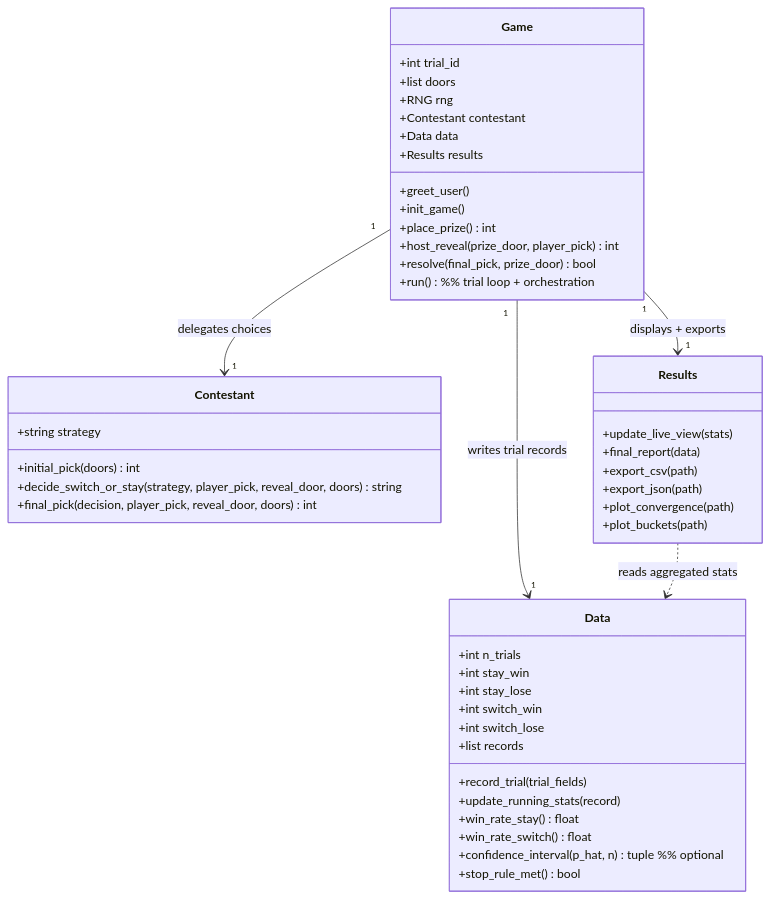
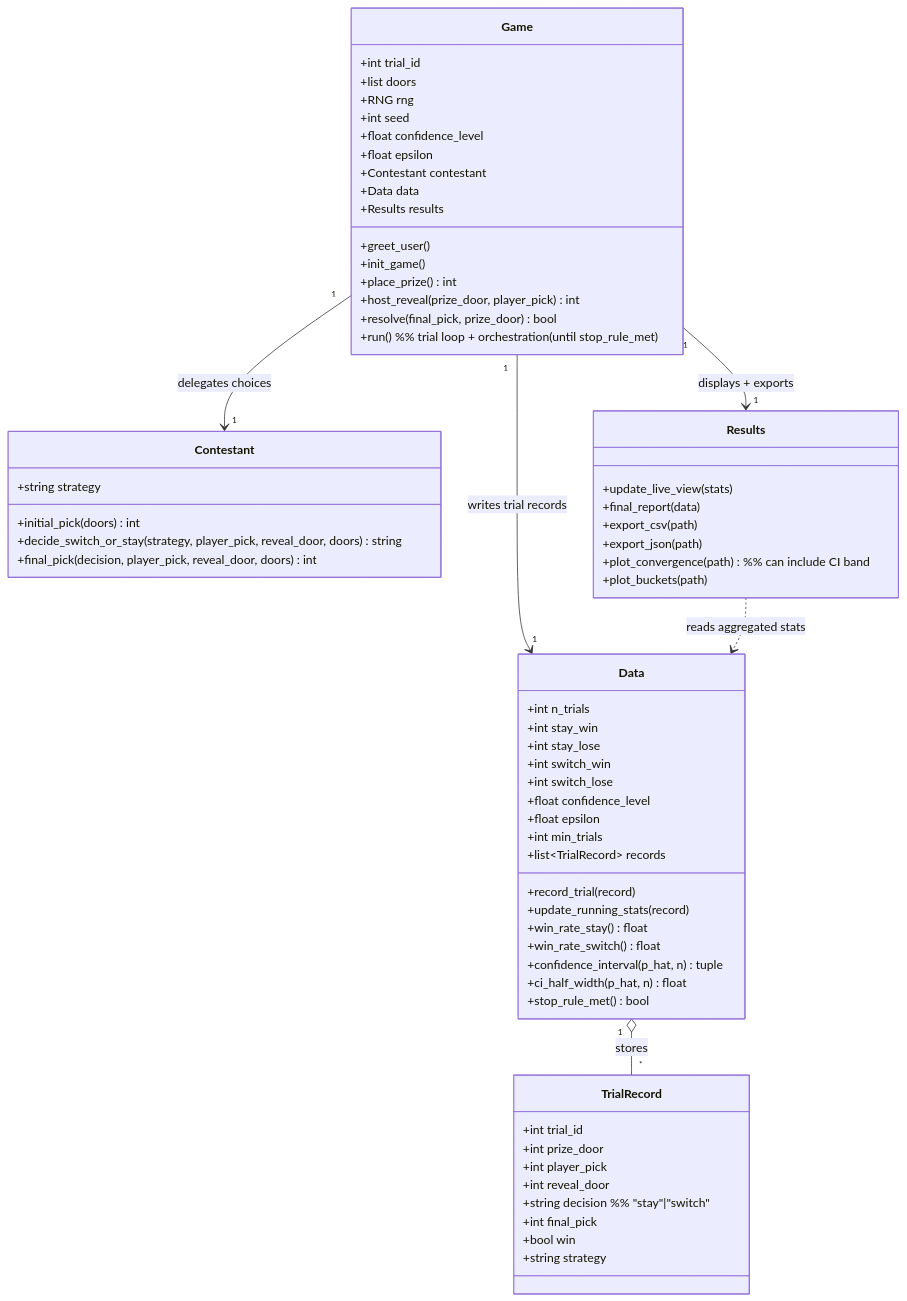
The diagram in Monty_Hall/README.md (swosu/SwosuCsPythonExamples), drawn with Mermaid before and after one commit.

Commit message:
extended mermaid diagram

````diff
--- a/Monty_Hall/README.md
+++ b/Monty_Hall/README.md
@@ -1,55 +1,74 @@
 ```mermaid
 classDiagram
-%% Monty Hall Responsibility Map (4-class version)
+%% Monty Hall Responsibility Map (4-class + optional TrialRecord)
 
 class Game {
   +int trial_id
   +list doors
   +RNG rng
+  +int seed
+  +float confidence_level
+  +float epsilon
   +Contestant contestant
   +Data data
   +Results results
   +greet_user()
   +init_game()
   +place_prize() int
   +host_reveal(prize_door, player_pick) int
   +resolve(final_pick, prize_door) bool
-  +run() %% trial loop + orchestration
+  +run() %% trial loop + orchestration (until stop_rule_met)
 }
 
 class Contestant {
   +string strategy
   +initial_pick(doors) int
   +decide_switch_or_stay(strategy, player_pick, reveal_door, doors) string
   +final_pick(decision, player_pick, reveal_door, doors) int
 }
 
+class TrialRecord {
+  +int trial_id
+  +int prize_door
+  +int player_pick
+  +int reveal_door
+  +string decision  %% "stay"|"switch"
+  +int final_pick
+  +bool win
+  +string strategy
+}
+
 class Data {
   +int n_trials
   +int stay_win
   +int stay_lose
   +int switch_win
   +int switch_lose
-  +list records
-  +record_trial(trial_fields)
+  +float confidence_level
+  +float epsilon
+  +int min_trials
+  +list~TrialRecord~ records
+  +record_trial(record)
   +update_running_stats(record)
   +win_rate_stay() float
   +win_rate_switch() float
-  +confidence_interval(p_hat, n) tuple %% optional
+  +confidence_interval(p_hat, n) tuple
+  +ci_half_width(p_hat, n) float
   +stop_rule_met() bool
 }
 
 class Results {
   +update_live_view(stats)
   +final_report(data)
   +export_csv(path)
   +export_json(path)
-  +plot_convergence(path)
+  +plot_convergence(path) %% can include CI band
   +plot_buckets(path)
 }
 
 Game "1" --> "1" Contestant : delegates choices
 Game "1" --> "1" Data : writes trial records
 Game "1" --> "1" Results : displays + exports
 Results ..> Data : reads aggregated stats
+Data "1" o-- "*" TrialRecord : stores
 ```
````
